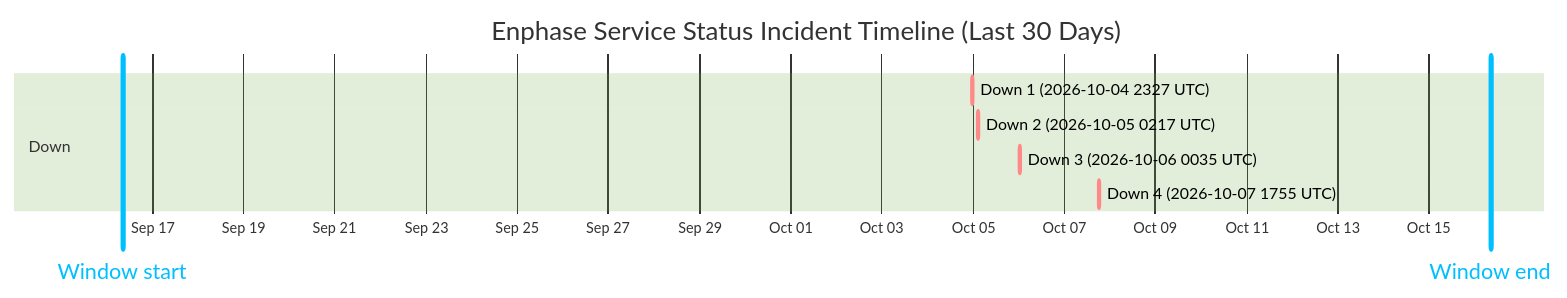
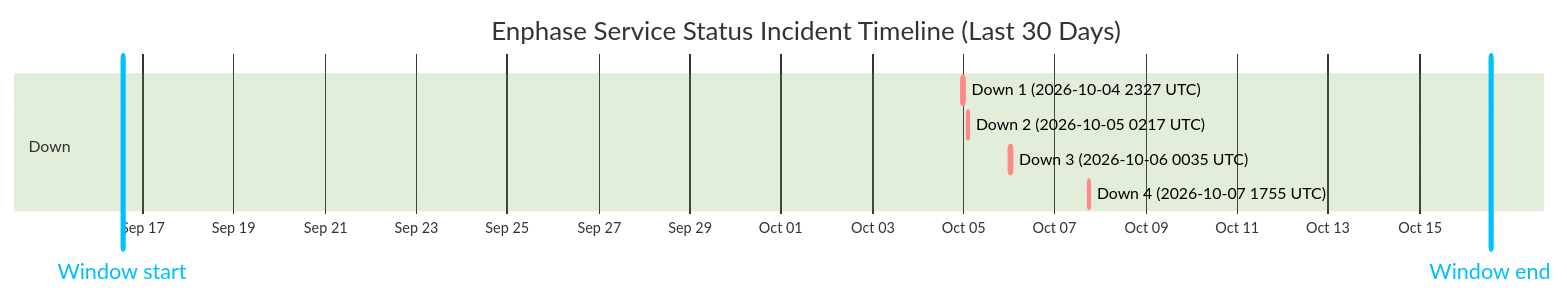
One commit to barneyonline/ha-enphase-energy changed the diagram in wiki/Service-Status-History.md. Above: the diagram before and after it, drawn with Mermaid (forest theme). The commit also changed other lines of this file and 3 other files, not shown here.

````diff
--- a/wiki/Service-Status-History.md
+++ b/wiki/Service-Status-History.md
@@ -14,13 +14,13 @@
 ```mermaid
 gantt
     title Enphase Service Status Incident Timeline (Last 30 Days)
     dateFormat  YYYY-MM-DDTHH:mm:ss
     axisFormat  %b %d
-    Window start :vert, window-start, 2026-09-16T08:23:27, 0ms
-    Window end :vert, window-end, 2026-10-16T08:23:27, 0ms
+    Window start :vert, window-start, 2026-09-16T13:24:57, 0ms
+    Window end :vert, window-end, 2026-10-16T13:24:57, 0ms
     section Down
     Down 1 (2026-10-04 2327 UTC) :crit, down-1, 2026-10-04T23:27:34, 60m
     Down 2 (2026-10-05 0217 UTC) :crit, down-2, 2026-10-05T02:17:30, 60m
     Down 3 (2026-10-06 0035 UTC) :crit, down-3, 2026-10-06T00:35:21, 60m
     Down 4 (2026-10-07 1755 UTC) :crit, down-4, 2026-10-07T17:55:16, 60m
 ```
````
